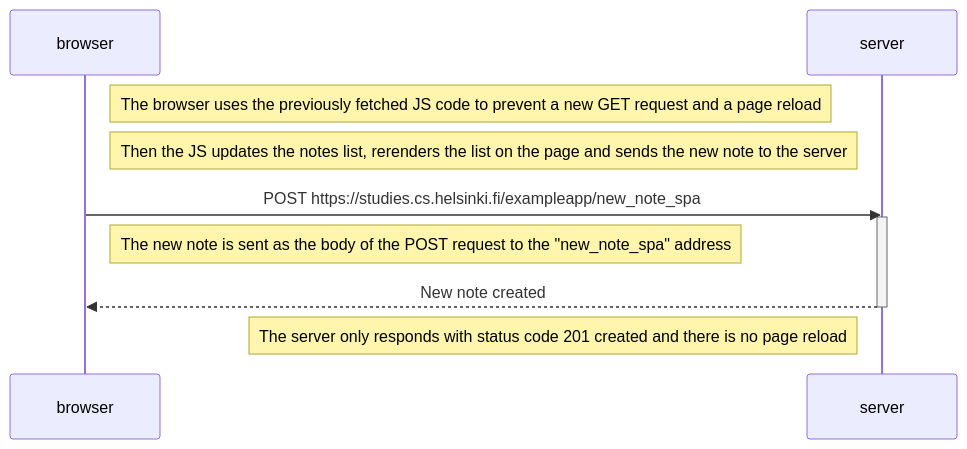
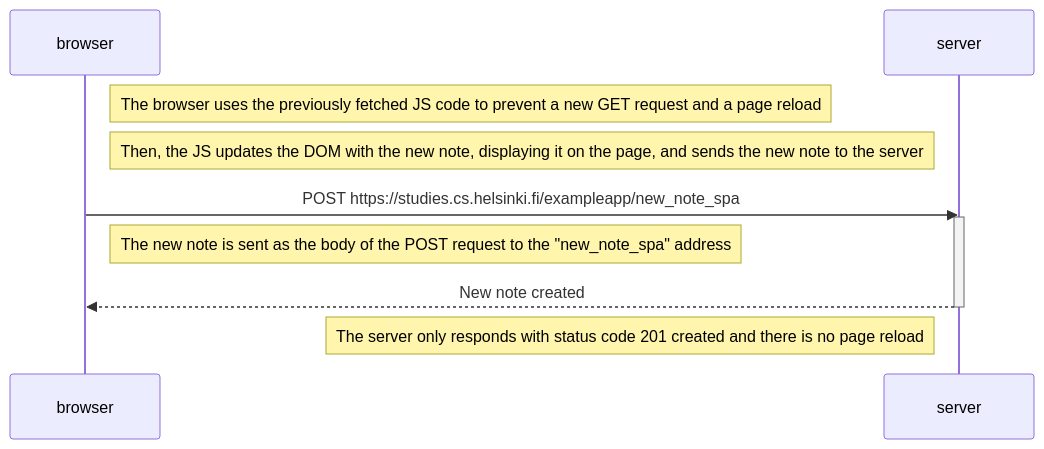
One commit to judithrea/Full-Stack-Open changed the diagram in part 0/06-New note in SPA diagram.md. Above: the diagram before and after it, drawn with Mermaid.

Commit message:
updated ex6 again

````diff
--- a/part 0/06-New note in SPA diagram.md
+++ b/part 0/06-New note in SPA diagram.md
@@ -1,19 +1,19 @@
 ```mermaid
 sequenceDiagram
     participant browser
     participant server
 
     Note right of browser: The browser uses the previously fetched JS code to prevent a new GET request and a page reload
 
-    Note right of browser: Then the JS updates the notes list, rerenders the list on the page and sends the new note to the server
+    Note right of browser: Then, the JS updates the DOM with the new note, displaying it on the page, and sends the new note to the server
     
     browser->>server: POST https://studies.cs.helsinki.fi/exampleapp/new_note_spa
     activate server
         
     Note right of browser: The new note is sent as the body of the POST request to the "new_note_spa" address
 
     server-->>browser: New note created
     deactivate server
 
     Note left of server: The server only responds with status code 201 created and there is no page reload
 ```
````
